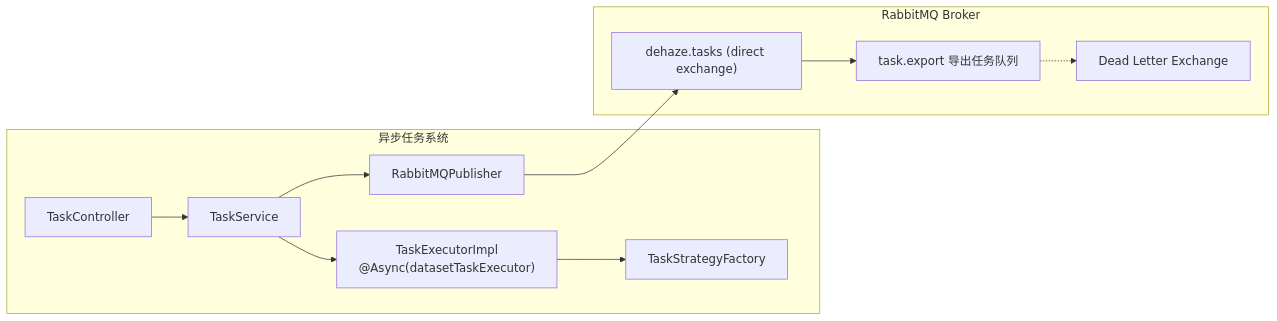
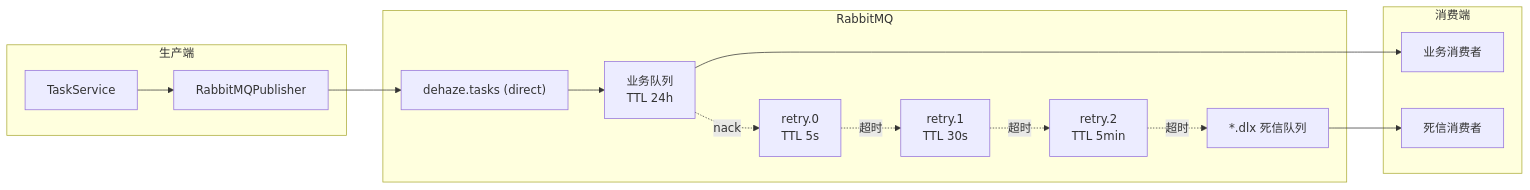
The fifth of 8 diagrams in dehaze-doc/docs/04-项目实现/后端/01-Java架构文档.md (earthy-zinc/dehaze-system), drawn with Mermaid before and after one commit. The commit also changed other lines of this file and 24 other files, not shown here.

First line of the commit message:
docs: add and update multiple architecture documents

````diff
--- a/dehaze-doc/docs/04-项目实现/后端/01-Java架构文档.md
+++ b/dehaze-doc/docs/04-项目实现/后端/01-Java架构文档.md
@@ -355,18 +319,29 @@
 ```mermaid
 flowchart LR
-    subgraph TaskSystem["异步任务系统"]
-        Controller["TaskController"] --> TaskService
-        TaskService --> TaskExecutor["TaskExecutorImpl<br/>@Async(datasetTaskExecutor)"]
+    subgraph Producer["生产端"]
         TaskService --> Publisher["RabbitMQPublisher"]
-        TaskExecutor --> Factory["TaskStrategyFactory"]
     end
 
-    subgraph MQ["RabbitMQ Broker"]
-        Exchange["dehaze.tasks (direct exchange)"]
-        Q1["task.export 导出任务队列"]
-        DLX["Dead Letter Exchange"]
+    subgraph Broker["RabbitMQ"]
+        Exchange["dehaze.tasks (direct)"]
+        Export["业务队列<br/>TTL 24h"]
+        Retry0["retry.0<br/>TTL 5s"]
+        Retry1["retry.1<br/>TTL 30s"]
+        Retry2["retry.2<br/>TTL 5min"]
+        DLX["*.dlx 死信队列"]
     end
 
-    Publisher --> Exchange --> Q1
-    Q1 -.-> DLX
+    subgraph Consumer["消费端"]
+        ExportConsumer["业务消费者"]
+        DlxConsumer["死信消费者"]
+    end
+
+    Publisher --> Exchange
+    Exchange --> Export
+    Export -.nack.-> Retry0
+    Retry0 -.超时.-> Retry1
+    Retry1 -.超时.-> Retry2
+    Retry2 -.超时.-> DLX
+    Export --> ExportConsumer
+    DLX --> DlxConsumer
 ```
````
